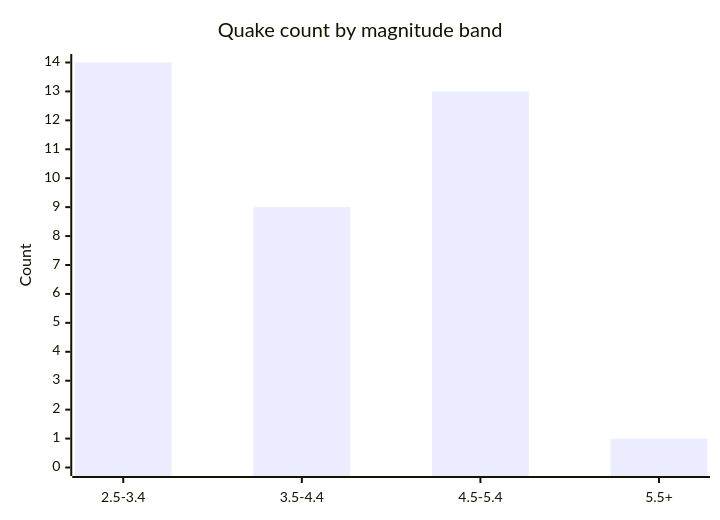
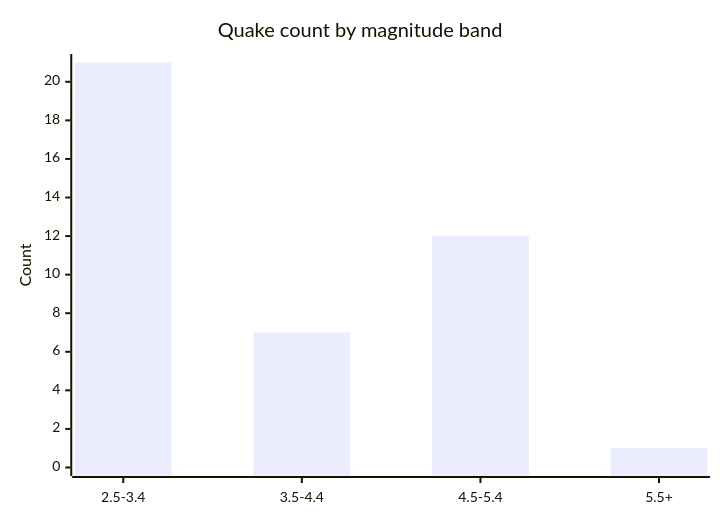
One commit to Midwest-Stratospheric/aerostratospheric-defense-gir changed the fifth of 6 diagrams in docs/GRAPHS.md. Above: the diagram before and after it, drawn with Mermaid. The commit also changed other lines of this file and 23 other files, not shown here.

````diff
--- a/docs/GRAPHS.md
+++ b/docs/GRAPHS.md
@@ -82,7 +82,7 @@
 ```mermaid
 xychart-beta
   title "Quake count by magnitude band"
   x-axis ["2.5-3.4", "3.5-4.4", "4.5-5.4", "5.5+"]
-  y-axis "Count" 0 --> 14
-  bar [14, 9, 13, 1]
+  y-axis "Count" 0 --> 21
+  bar [21, 7, 12, 1]
 ```
````
